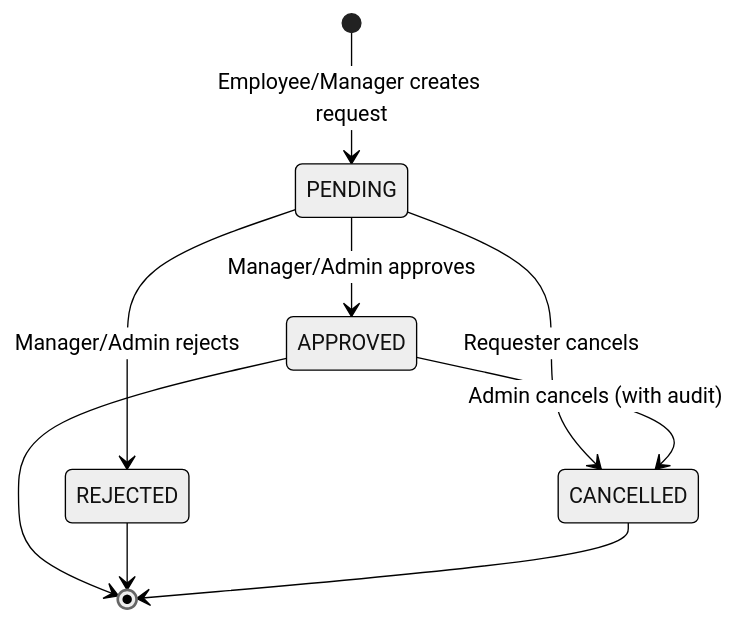
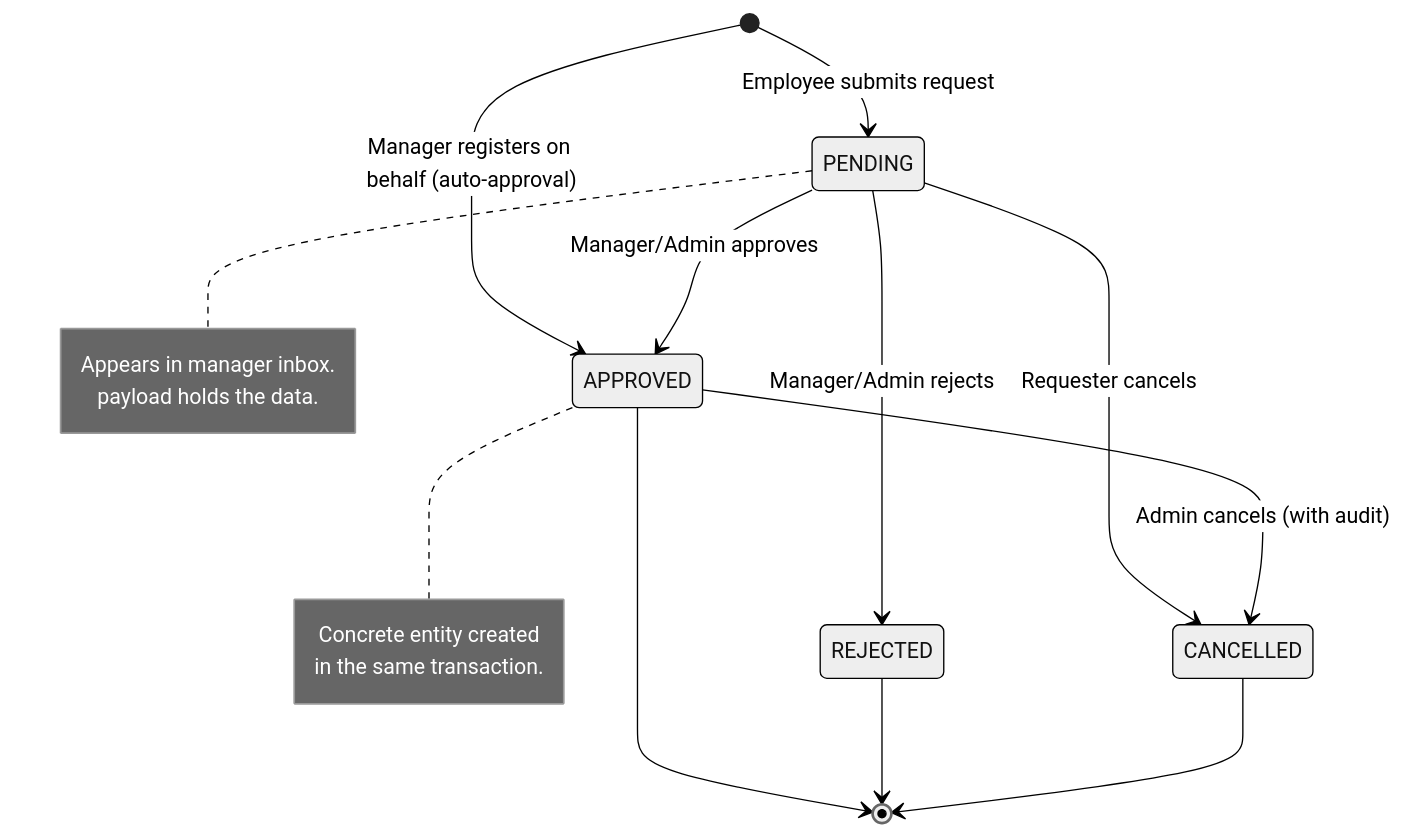
Diagram 13 of 20 in doc/modules/attendance-payroll/attendance-payroll-domain-model.en.md (pakodiazdev/sushigo), drawn with Mermaid (neutral theme) before and after one commit. The commit also changed other lines of this file and 6 other files, not shown here.

First line of the commit message:
📚 [#126] - Pivot EmployeeRequest: domain model v1.1 + tasks #126 #127 📋

````diff
--- a/doc/modules/attendance-payroll/attendance-payroll-domain-model.en.md
+++ b/doc/modules/attendance-payroll/attendance-payroll-domain-model.en.md
@@ -1158,14 +1282,23 @@
 ```mermaid
 stateDiagram-v2
-    [*] --> PENDING : Employee/Manager creates request
+    [*] --> PENDING : Employee submits request
+    [*] --> APPROVED : Manager registers on behalf (auto-approval)
+    note right of APPROVED
+        Concrete entity created
+        in the same transaction.
+    end note
 
     PENDING --> APPROVED : Manager/Admin approves
+    note right of PENDING
+        Appears in manager inbox.
+        payload holds the data.
+    end note
     PENDING --> REJECTED : Manager/Admin rejects
     PENDING --> CANCELLED : Requester cancels
 
     APPROVED --> CANCELLED : Admin cancels (with audit)
 
     APPROVED --> [*]
     REJECTED --> [*]
     CANCELLED --> [*]
 ```
````
